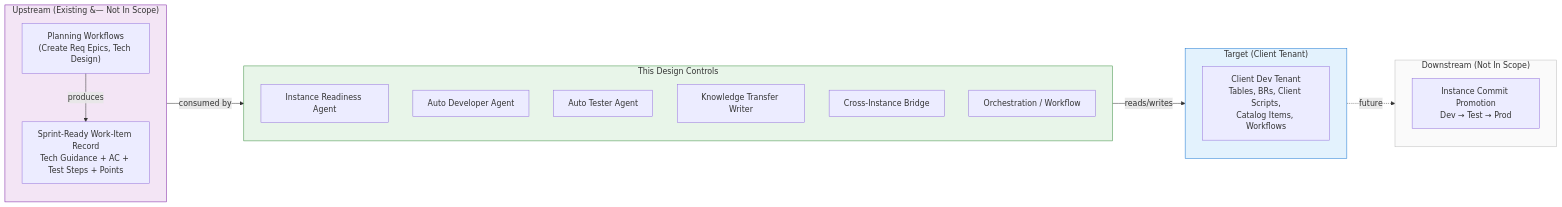
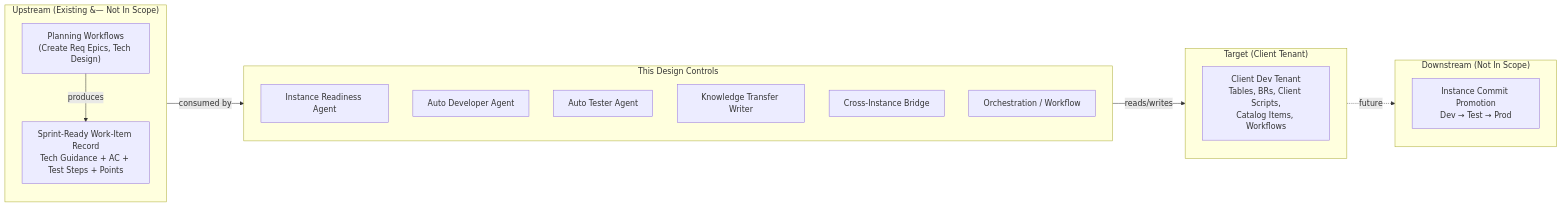
The third of 14 diagrams in bytesofpurpose-blog/designs/2026-02-27-autonomous-build-agents.mdx (omars-lab/omars-lab.github.io), drawn with Mermaid before and after one commit. The commit also changed other lines of this file and 6 other files, not shown here.

First line of the commit message:
feat(designs): on-brand mermaid theme + dark-mode-adaptive diagrams

````diff
--- a/bytesofpurpose-blog/designs/2026-02-27-autonomous-build-agents.mdx
+++ b/bytesofpurpose-blog/designs/2026-02-27-autonomous-build-agents.mdx
@@ -373,38 +360,34 @@
 ```mermaid
 flowchart LR
     subgraph BOUNDARY_IN["This Design Controls"]
         direction TB
         IRA["Instance Readiness Agent"]
         ADA["Auto Developer Agent"]
         ATA["Auto Tester Agent"]
         KTA["Knowledge Transfer Writer"]
         BRIDGE["Cross-Instance Bridge"]
         ORCH["Orchestration / Workflow"]
     end
 
     subgraph BOUNDARY_UPSTREAM["Upstream (Existing &#8212; Not In Scope)"]
         direction TB
         WF_PLAN["Planning Workflows<br/>(Create Req Epics, Tech Design)"]
         STORY["Sprint-Ready Work-Item Record<br/>Tech Guidance + AC + Test Steps + Points"]
     end
 
     subgraph BOUNDARY_TARGET["Target (Client Tenant)"]
         direction TB
         CUST_DEV["Client Dev Tenant<br/>Tables, BRs, Client Scripts,<br/>Catalog Items, Workflows"]
     end
 
     subgraph BOUNDARY_DOWNSTREAM["Downstream (Not In Scope)"]
         direction TB
         PROMOTE["Instance Commit Promotion<br/>Dev → Test → Prod"]
     end
 
     WF_PLAN -->|"produces"| STORY
     STORY -->|"consumed by"| BOUNDARY_IN
     BRIDGE -->|"reads/writes"| CUST_DEV
     CUST_DEV -.->|"future"| PROMOTE
 
-    style BOUNDARY_IN fill:#e8f5e9,stroke:#388e3c
-    style BOUNDARY_UPSTREAM fill:#f3e5f5,stroke:#7b1fa2
-    style BOUNDARY_TARGET fill:#e3f2fd,stroke:#1976d2
-    style BOUNDARY_DOWNSTREAM fill:#fafafa,stroke:#bdbdbd
 ```
````
